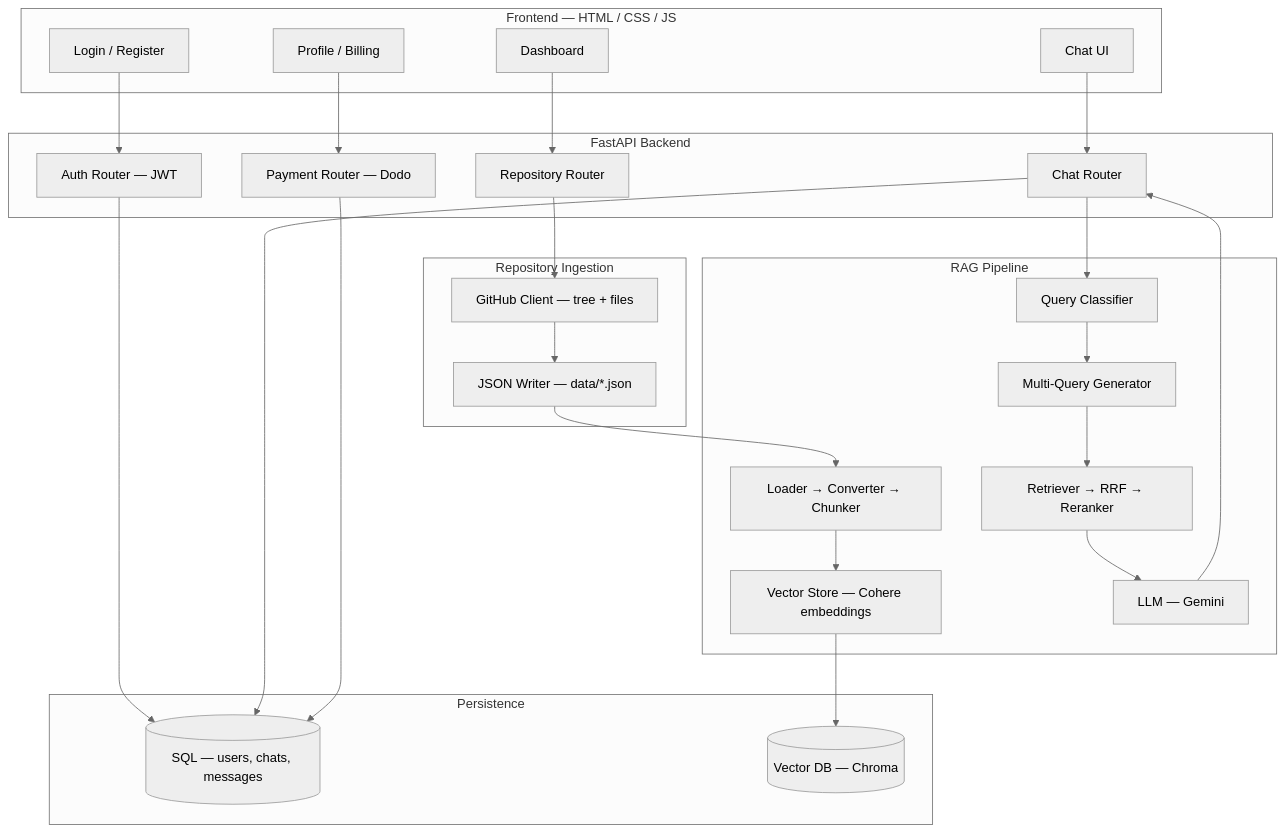
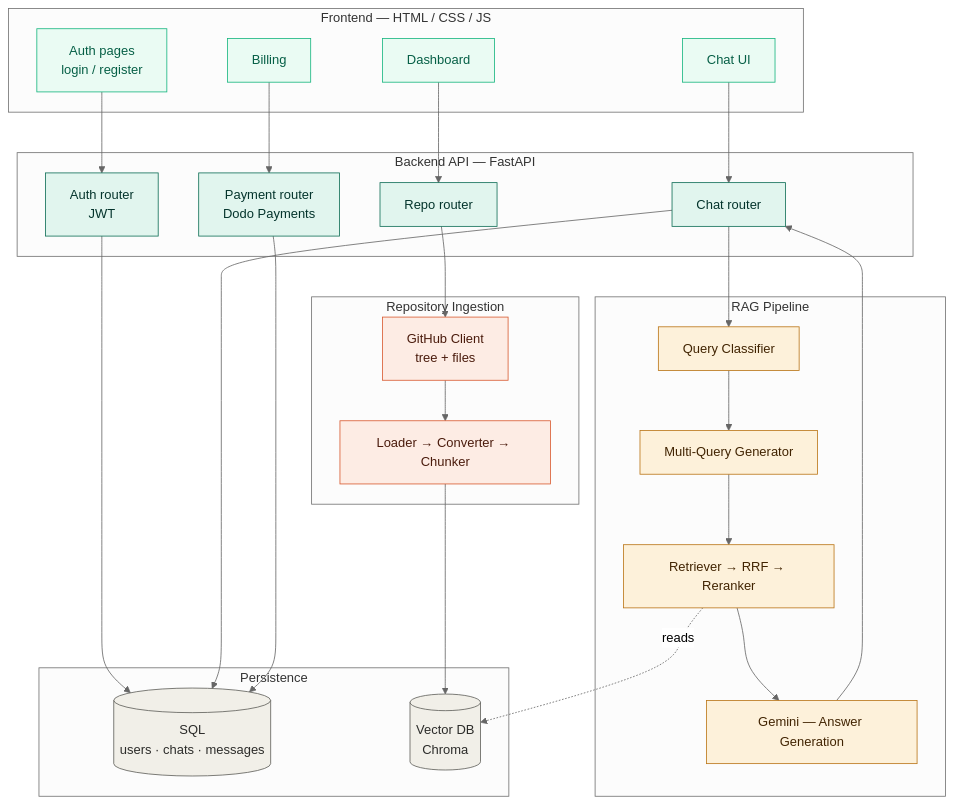
Before and after one commit to anikchand461/chat-with-repo: the second of 2 diagrams in README.md, drawn with Mermaid (neutral theme). The commit also changed other lines of this file, not shown here.

Commit message:
Update Architecture

````diff
--- a/README.md
+++ b/README.md
@@ -63,47 +63,58 @@
 ```mermaid
 flowchart TB
     subgraph Frontend["Frontend — HTML / CSS / JS"]
-        A1["Login / Register"]
+        A1["Auth pages<br/>login / register"]
         A2["Dashboard"]
         A3["Chat UI"]
-        A4["Profile / Billing"]
+        A4["Billing"]
     end
-
-    subgraph API["FastAPI Backend"]
-        B1["Auth Router — JWT"]
-        B2["Repository Router"]
-        B3["Chat Router"]
-        B4["Payment Router — Dodo"]
+ 
+    subgraph API["Backend API — FastAPI"]
+        B1["Auth router<br/>JWT"]
+        B2["Repo router"]
+        B3["Chat router"]
+        B4["Payment router<br/>Dodo Payments"]
     end
-
+ 
     subgraph Ingest["Repository Ingestion"]
-        C1["GitHub Client — tree + files"]
-        C2["JSON Writer — data/*.json"]
+        C1["GitHub Client<br/>tree + files"]
+        C2["Loader → Converter → Chunker"]
     end
-
+ 
     subgraph RAG["RAG Pipeline"]
-        D1["Loader → Converter → Chunker"]
-        D2["Vector Store — Cohere embeddings"]
-        D3["Query Classifier"]
-        D4["Multi-Query Generator"]
-        D5["Retriever → RRF → Reranker"]
-        D6["LLM — Gemini"]
+        D1["Query Classifier"]
+        D2["Multi-Query Generator"]
+        D3["Retriever → RRF → Reranker"]
+        D4["Gemini — Answer Generation"]
     end
-
+ 
     subgraph Data["Persistence"]
-        E1[("SQL — users, chats, messages")]
-        E2[("Vector DB — Chroma")]
+        E1[("SQL<br/>users · chats · messages")]
+        E2[("Vector DB<br/>Chroma")]
     end
-
+ 
     A1 --> B1
     A2 --> B2
     A3 --> B3
     A4 --> B4
-
-    B2 --> C1 --> C2 --> D1 --> D2 --> E2
-    B3 --> D3 --> D4 --> D5 --> D6 --> B3
-
+ 
+    B2 --> C1 --> C2 --> E2
+    B3 --> D1 --> D2 --> D3 --> D4 --> B3
+    D3 -.reads.-> E2
+ 
     B1 --> E1
     B3 --> E1
     B4 --> E1
+ 
+    classDef frontend fill:#eafbf3,stroke:#17b57f,stroke-width:1px,color:#065f46;
+    classDef api fill:#e1f5ee,stroke:#0f6e56,stroke-width:1px,color:#04342c;
+    classDef ingest fill:#fdece4,stroke:#d85a30,stroke-width:1px,color:#4a1b0c;
+    classDef rag fill:#fdf1da,stroke:#ba7517,stroke-width:1px,color:#412402;
+    classDef data fill:#f1efe8,stroke:#5f5e5a,stroke-width:1px,color:#2c2c2a;
+ 
+    class A1,A2,A3,A4 frontend;
+    class B1,B2,B3,B4 api;
+    class C1,C2 ingest;
+    class D1,D2,D3,D4 rag;
+    class E1,E2 data;
 ```
````
